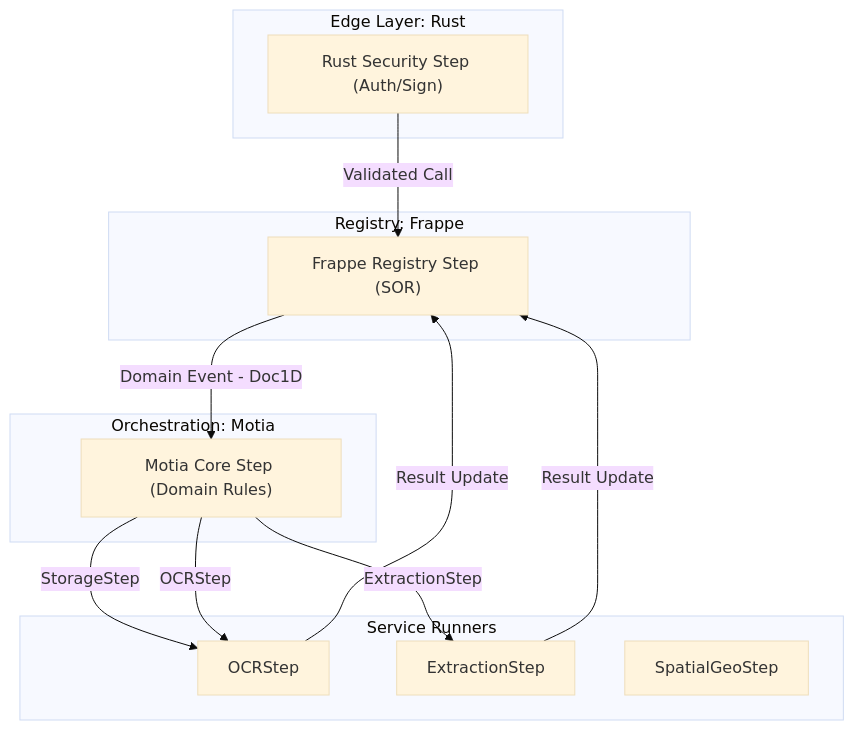
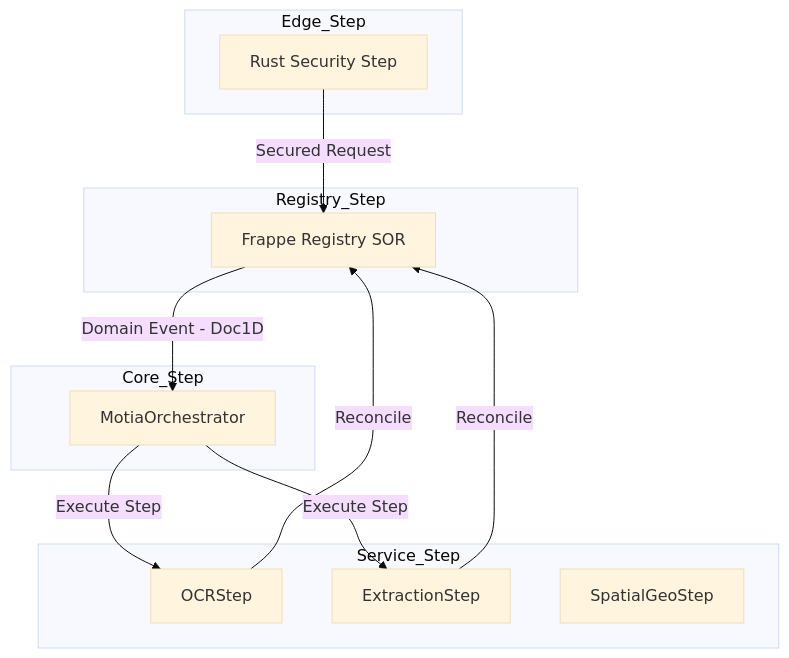
Before and after one commit to internetartsy/JK: the second of 2 diagrams in documentation/ADMD.md, drawn with Mermaid (base theme). The commit also changed other lines of this file and 37 other files, not shown here.

````diff
--- a/documentation/ADMD.md
+++ b/documentation/ADMD.md
@@ -29,29 +82,28 @@
 ```mermaid
 flowchart TD
-    subgraph Edge_Infrastructure [Edge Layer: Rust]
-        RS["Rust Security Step (Auth/Sign)"]
+    subgraph Edge_Stage [Edge_Step]
+        RS["Rust Security Step"]
     end
 
-    subgraph Registry_Layer [Registry: Frappe]
-        FR["Frappe Registry Step (SOR)"]
+    subgraph Registry_Stage [Registry_Step]
+        FR["Frappe Registry SOR"]
     end
 
-    subgraph Orchestration_Layer [Orchestration: Motia]
-        MO["Motia Core Step (Domain Rules)"]
+    subgraph Orchestration_Stage [Core_Step]
+        MO["MotiaOrchestrator"]
     end
 
-    subgraph Execution_Layer [Service Runners]
+    subgraph Execution_Stage [Service_Step]
         OS["OCRStep"]
         ES["ExtractionStep"]
         SS["SpatialGeoStep"]
     end
 
     %% -- Logical Flow --
-    RS -->|"Validated Call"| FR
+    RS -->|"Secured Request"| FR
     FR -->|"Domain Event - Doc1D"| MO
-    MO -->|"StorageStep"| OS
-    MO -->|"OCRStep"| OS
-    MO -->|"ExtractionStep"| ES
-    OS -->|"Result Update"| FR
-    ES -->|"Result Update"| FR
+    MO -->|"Execute Step"| OS
+    MO -->|"Execute Step"| ES
+    OS -->|"Reconcile"| FR
+    ES -->|"Reconcile"| FR
 ```
````
